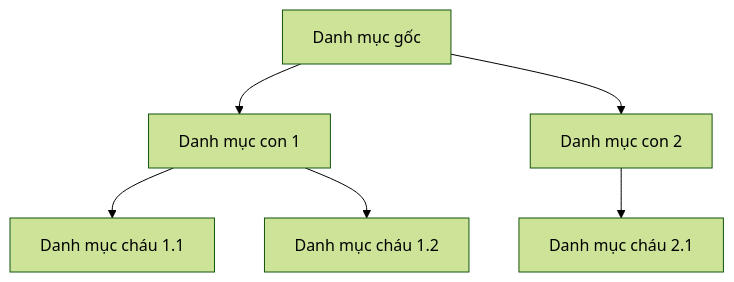
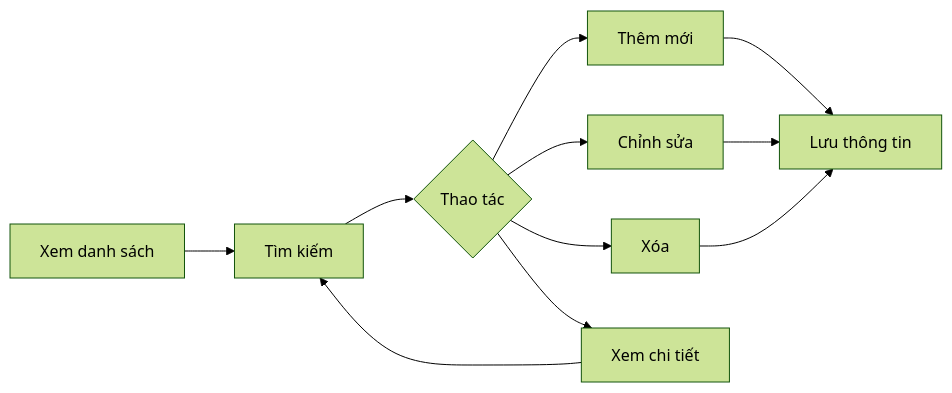
Before and after one commit to ngocthien19/DA_WEB_CK1_25_26: diagram 18 of 31 in README.md, drawn with Mermaid (forest theme). The commit also changed other lines of this file, not shown here.

````diff
--- a/README.md
+++ b/README.md
@@ -354,8 +673,13 @@
 ```mermaid
-graph TD
-    A[Danh mục gốc] --> B[Danh mục con 1]
-    A --> C[Danh mục con 2]
-    B --> D[Danh mục cháu 1.1]
-    B --> E[Danh mục cháu 1.2]
-    C --> F[Danh mục cháu 2.1]
+graph LR
+    A[Xem danh sách] --> B[Tìm kiếm]
+    B --> C{Thao tác}
+    C --> D[Thêm mới]
+    C --> E[Chỉnh sửa]
+    C --> F[Xóa]
+    C --> G[Xem chi tiết]
+    D --> H[Lưu thông tin]
+    E --> H
+    F --> H
+    G --> B
 ```
````
